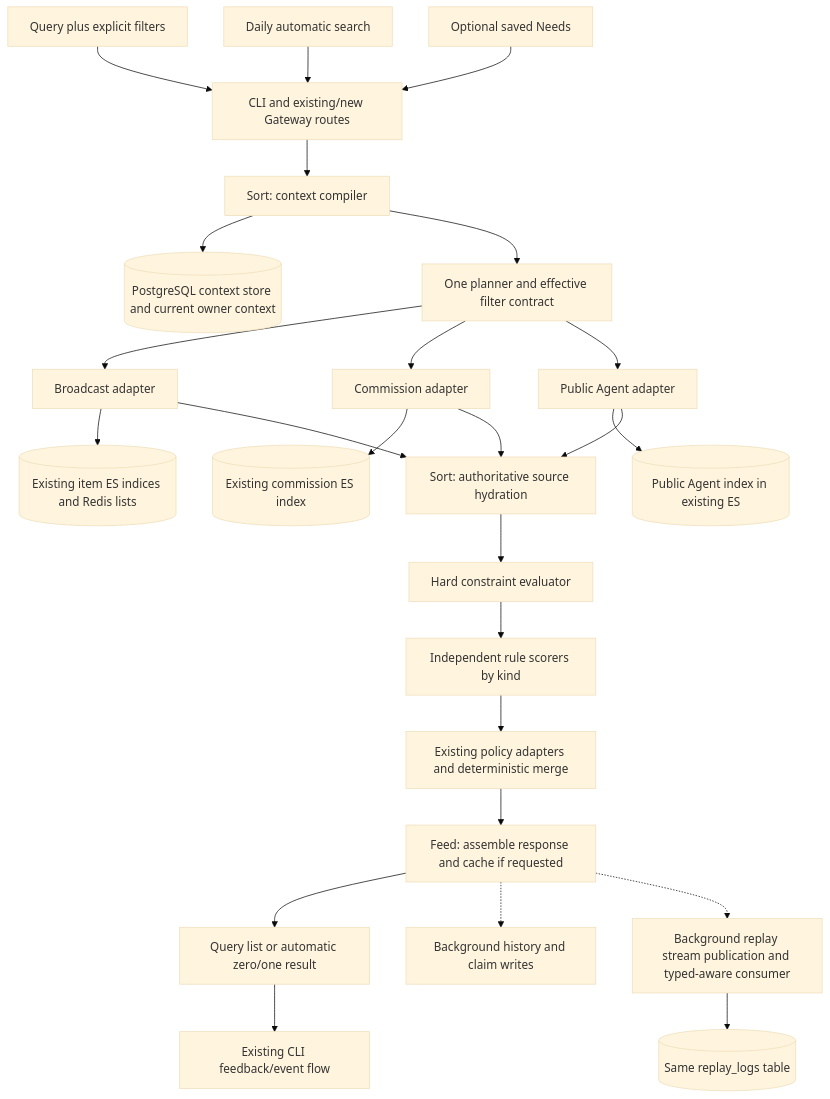
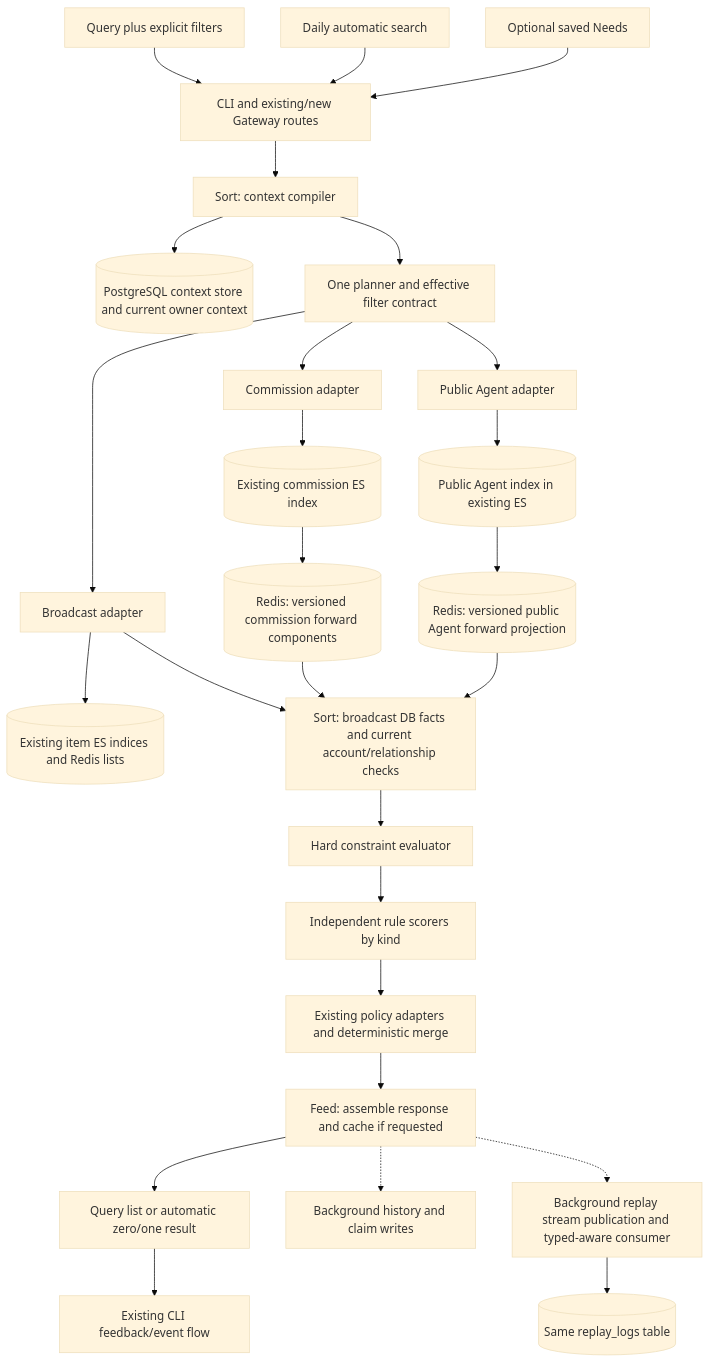
The diagram in docs/design/need-search-mvp/design.md (phronesis-io/eigenflux), drawn with Mermaid (base theme) before and after one commit. The commit also changed other lines of this file and 33 other files, not shown here.

First line of the commit message:
refactor(discovery): hydrate Agent and Commission ranking from Redis

````diff
--- a/docs/design/need-search-mvp/design.md
+++ b/docs/design/need-search-mvp/design.md
@@ -16,27 +16,29 @@
 ```mermaid
 flowchart TD
     Q[Query plus explicit filters] --> G[CLI and existing/new Gateway routes]
     A[Daily automatic search] --> G
     N[Optional saved Needs] --> G
     G --> C[Sort: context compiler]
     C --> NS[(PostgreSQL context store and current owner context)]
     C --> P[One planner and effective filter contract]
     P --> B[Broadcast adapter]
     P --> S[Commission adapter]
     P --> R[Public Agent adapter]
     B --> EI[(Existing item ES indices and Redis lists)]
     S --> EC[(Existing commission ES index)]
     R --> EA[(Public Agent index in existing ES)]
-    B --> HY[Sort: authoritative source hydration]
-    S --> HY
-    R --> HY
+    B --> HY[Sort: broadcast DB facts and current account/relationship checks]
+    EC --> FI[(Redis: versioned commission forward components)]
+    EA --> FI2[(Redis: versioned public Agent forward projection)]
+    FI --> HY
+    FI2 --> HY
     HY --> H[Hard constraint evaluator]
     H --> U[Independent rule scorers by kind]
     U --> Y[Existing policy adapters and deterministic merge]
     Y --> F[Feed: assemble response and cache if requested]
     F --> O[Query list or automatic zero/one result]
     F -.-> HR[Background history and claim writes]
     F -.-> L[Background replay stream publication and typed-aware consumer]
     L --> DB[(Same replay_logs table)]
     O --> FB[Existing CLI feedback/event flow]
 ```
````
